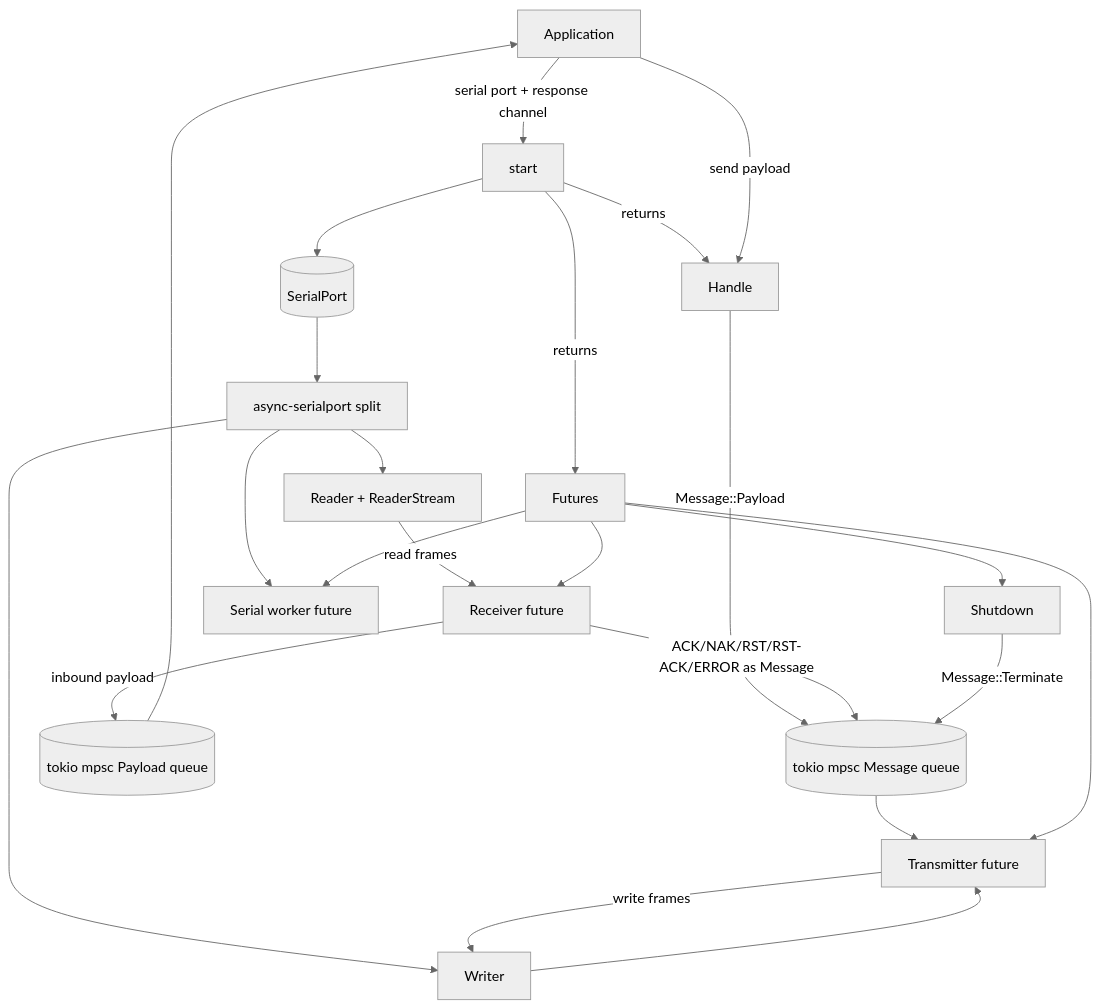
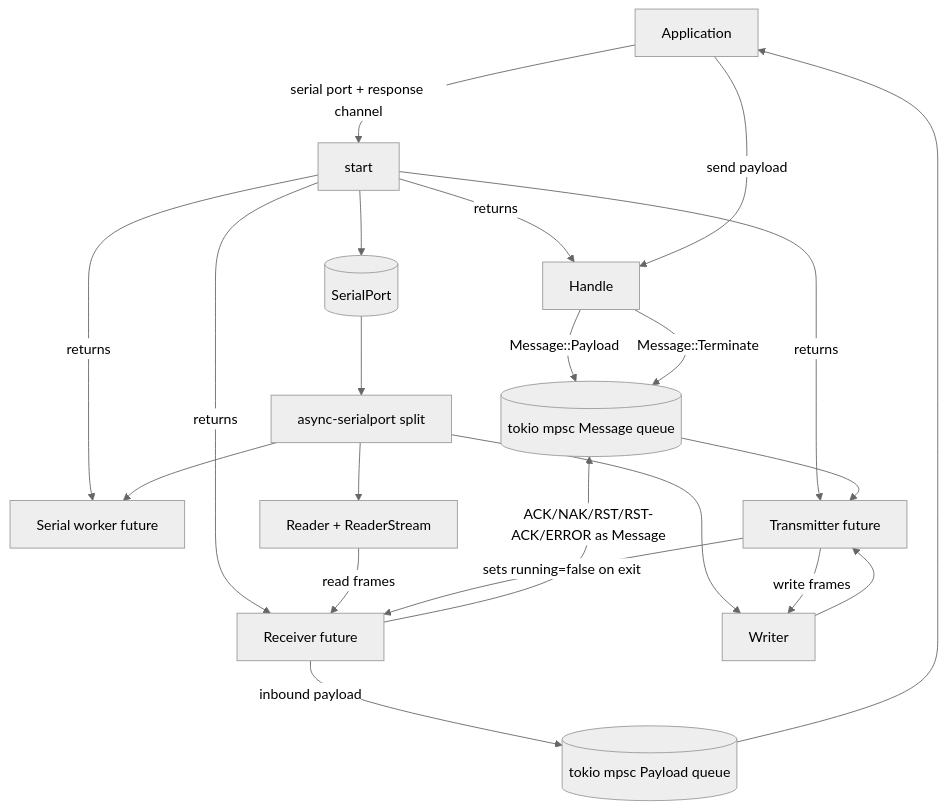
Before and after one commit to PaulmannLighting/ashv2: the first of 4 diagrams in ARCHITECTURE.md, drawn with Mermaid (neutral theme). The commit also changed other lines of this file and 6 other files, not shown here.

````diff
--- a/ARCHITECTURE.md
+++ b/ARCHITECTURE.md
@@ -21,40 +21,37 @@
 ```mermaid
 flowchart TD
     App[Application]
     Start[start]
     Handle[Handle]
-    Futures[Futures]
-    Shutdown[Shutdown]
+    WorkerFuture[Serial worker future]
     Tx[Transmitter future]
     Rx[Receiver future]
     Split[async-serialport split]
     Reader[Reader + ReaderStream]
     Writer[Writer]
-    Worker[Serial worker future]
     MsgQ[(tokio mpsc Message queue)]
     RespQ[(tokio mpsc Payload queue)]
     Serial[(SerialPort)]
 
     App -->|serial port + response channel| Start
     Start -->|returns| Handle
-    Start -->|returns| Futures
+    Start -->|returns| WorkerFuture
+    Start -->|returns| Tx
+    Start -->|returns| Rx
     Start --> Serial
     App -->|send payload| Handle
     Serial --> Split
     Split --> Reader
     Split --> Writer
-    Split --> Worker
+    Split --> WorkerFuture
     Handle -->|Message::Payload| MsgQ
     MsgQ --> Tx
     Writer --> Tx
     Tx -->|write frames| Writer
     Reader -->|read frames| Rx
     Rx -->|inbound payload| RespQ
     RespQ --> App
     Rx -->|ACK/NAK/RST/RST-ACK/ERROR as Message| MsgQ
-    Futures --> Tx
-    Futures --> Rx
-    Futures --> Worker
-    Futures --> Shutdown
-    Shutdown -->|Message::Terminate| MsgQ
+    Handle -->|Message::Terminate| MsgQ
+    Tx -->|sets running=false on exit| Rx
 ```
````
